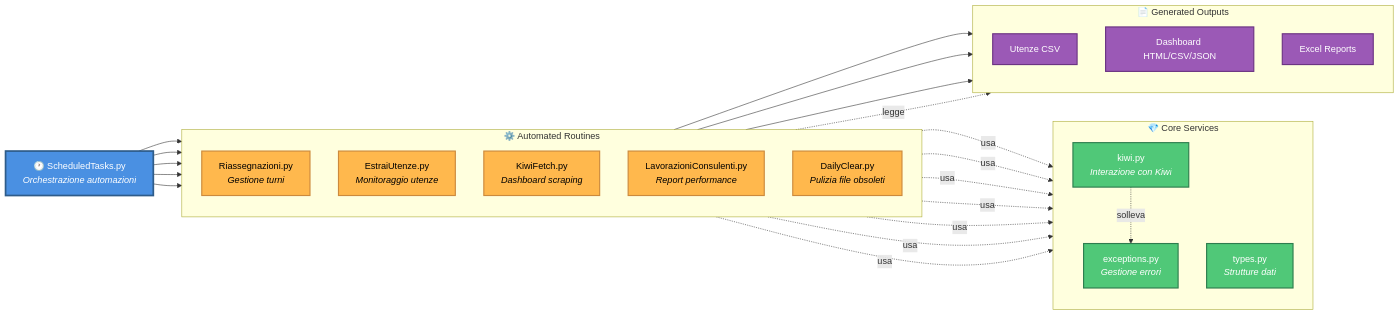
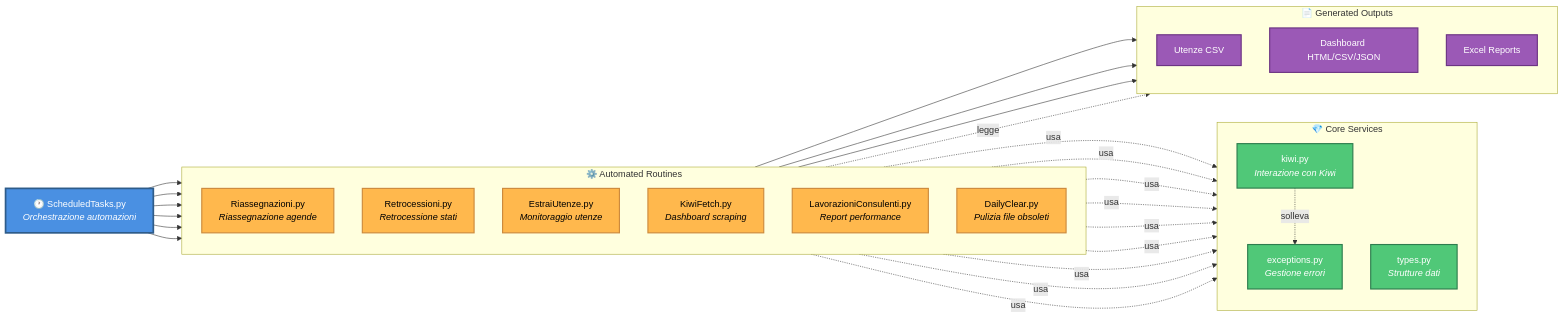
The first of 2 diagrams in ARCHITECTURE.md (m-contini/Kiwi), drawn with Mermaid before and after one commit. The commit also changed other lines of this file and 2 other files, not shown here.

Commit message:
aggiornamento README e documentazione

```diff
--- a/ARCHITECTURE.md
+++ b/ARCHITECTURE.md
@@ -24,7 +24,8 @@
     subgraph ROUTINES["⚙️ Automated Routines"]
         direction TB
 
-        RI[Riassegnazioni.py<br/><i>Gestione turni</i>]:::routine
+        RI[Riassegnazioni.py<br/><i>Riassegnazione agende</i>]:::routine
+        RE[Retrocessioni.py<br/><i>Retrocessione stati</i>]:::routine
         EU[EstraiUtenze.py<br/><i>Monitoraggio utenze</i>]:::routine
         KF[KiwiFetch.py<br/><i>Dashboard scraping</i>]:::routine
         LC[LavorazioniConsulenti.py<br/><i>Report performance</i>]:::routine
@@ -61,6 +62,7 @@
     ST --> LC
     ST --> KF
     ST --> RI
+    ST --> RE
 
     %% =========================
     %% CORE USAGE
@@ -69,10 +71,12 @@
     LC -. usa .-> KW
     KF -. usa .-> KW
     RI -. usa .-> KW
+    RE -. usa .-> KW
 
     EU -. usa .-> TY
     LC -. usa .-> TY
     RI -. usa .-> TY
+    RE -. usa .-> TY
 
     KW -. solleva .-> EX
 
```
